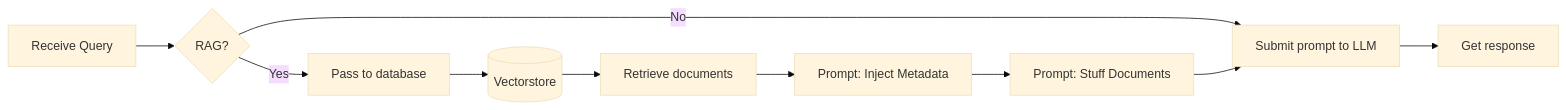
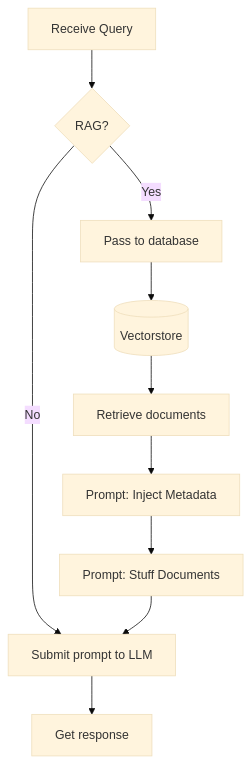
The diagram in README.md (nhsengland/ds_251_RAG), drawn with Mermaid (base theme) before and after one commit. The commit also changed other lines of this file, not shown here.

Commit message:
Updated flow chart and added rag review, updated readme.

````diff
--- a/README.md
+++ b/README.md
@@ -42,21 +41,21 @@
  ```mermaid
-    graph LR
+    graph
 
     A[Receive Query] --> L{RAG?}
 
     L -- Yes --> B[Pass to database]
 
     L -- No --> J
 
     B --> H[(Vectorstore)]
 
     H --> I[Retrieve documents]
 
     I --> F[Prompt: Inject Metadata] 
     F --> G[Prompt: Stuff Documents]
 
     G --> J[Submit prompt to LLM]
 
     J --> K[Get response]
 
 ```
````
